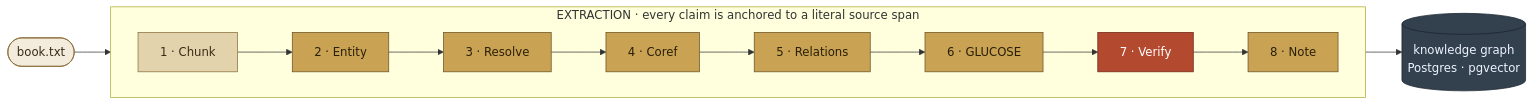
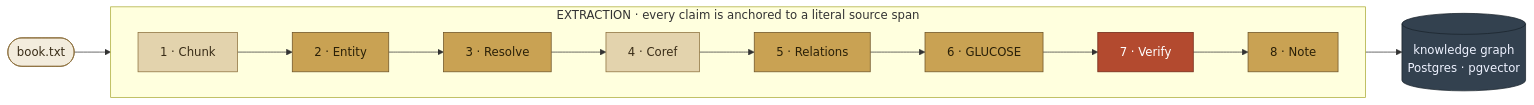
The first of 2 diagrams in README.md (YunyueLi/LoreGraph), drawn with Mermaid before and after one commit. The commit also changed other lines of this file and 17 other files, not shown here.

````diff
--- a/README.md
+++ b/README.md
@@ -23,25 +23,25 @@
 ```mermaid
 flowchart LR
     SRC([book.txt]):::io
     subgraph EXTRACT["EXTRACTION · every claim is anchored to a literal source span"]
         direction LR
         P1["1 · Chunk"]:::det
         P2["2 · Entity"]:::llm
         P3["3 · Resolve"]:::llm
-        P4["4 · Coref"]:::llm
+        P4["4 · Coref"]:::det
         P5["5 · Relations"]:::llm
         P6["6 · GLUCOSE"]:::llm
         P7["7 · Verify"]:::gate
         P8["8 · Note"]:::llm
         P1 --> P2 --> P3 --> P4 --> P5 --> P6 --> P7 --> P8
     end
     GRAPH[("knowledge graph<br/>Postgres · pgvector")]:::store
     SRC --> P1
     P8 --> GRAPH
 
     classDef io fill:#f3ecdd,stroke:#8a6d3b,color:#3a2d18
     classDef det fill:#e3d3ad,stroke:#8a6d3b,color:#3a2d18
     classDef llm fill:#c9a253,stroke:#6b5126,color:#2a2008
     classDef gate fill:#b34a2f,stroke:#6e2616,color:#ffffff
     classDef store fill:#33414f,stroke:#1a232c,color:#eef2ff
 ```
````
